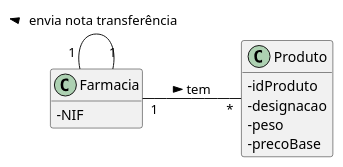
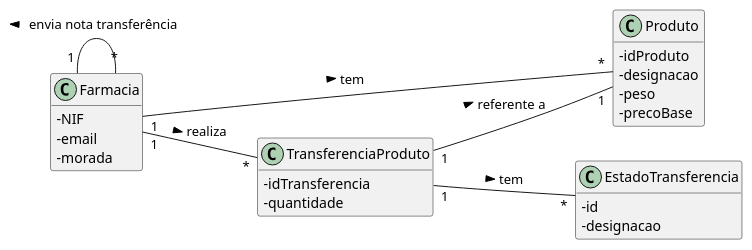
Before and after one commit to pedrolemos4/LAPR3: the diagram in docs/UC131/UC131_EnviarNotaTransferenciaMD.puml, drawn with PlantUML. The commit also changed 5 other files, not shown here.

Commit message:
LAP3AP4-161 #close Enviar Nota Transferencia [Review]

```diff
--- a/docs/UC131/UC131_EnviarNotaTransferenciaMD.puml
+++ b/docs/UC131/UC131_EnviarNotaTransferenciaMD.puml
@@ -1,20 +1,36 @@
 @startuml
 skinparam classAttributeIconSize 0
 hide methods
 left to right direction
 
 class Produto {
   -idProduto
   -designacao
   -peso
   -precoBase
 }
 
+class TransferenciaProduto {
+  -idTransferencia
+  -quantidade
+}
+
+class EstadoTransferencia {
+  -id
+  -designacao
+}
+
 class Farmacia {
   -NIF
+  -email
+  -morada
 }
 
-Farmacia "1" -- "1" Farmacia: envia nota transferência >
+Farmacia "1" -- "*" Farmacia: envia nota transferência >
 Farmacia "1" -- "*" Produto: tem >
 
+Farmacia "1" -- "*" TransferenciaProduto: realiza >
+TransferenciaProduto "1" -- "*" EstadoTransferencia: tem >
+TransferenciaProduto "1" -- "1" Produto: referente a >
+
 @enduml
```
